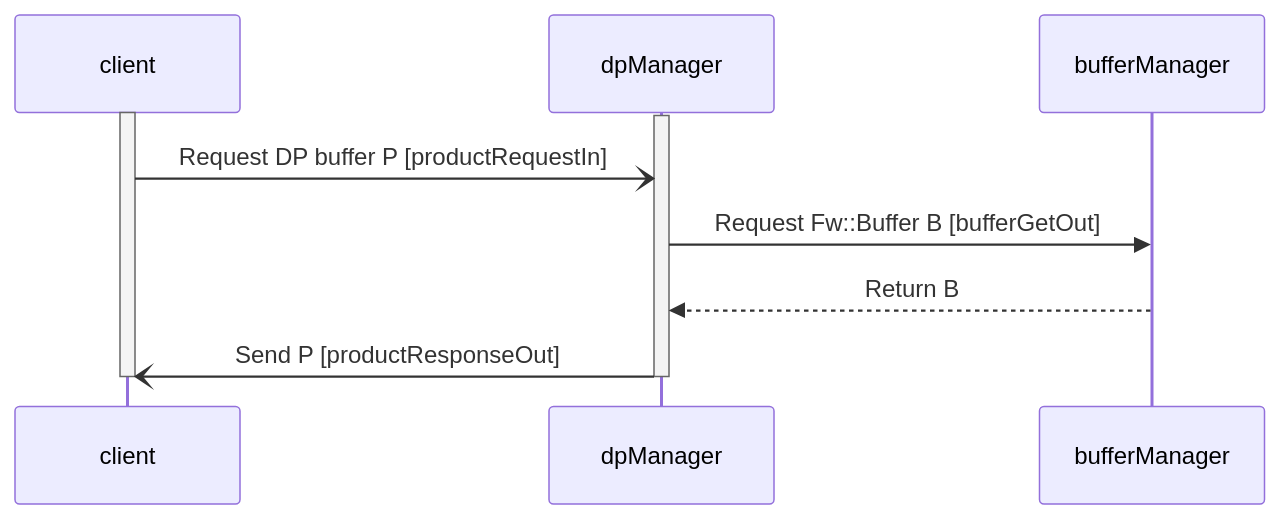
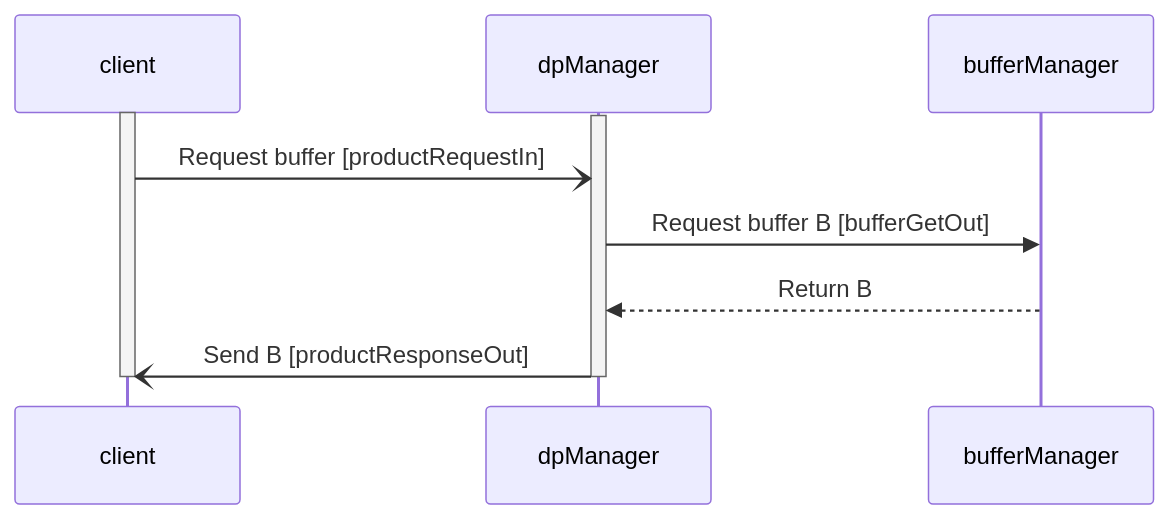
One commit to bocchino/fprime changed the first of 2 diagrams in Svc/DpManager/docs/sdd.md. Above: the diagram before and after it, drawn with Mermaid. The commit also changed other lines of this file, not shown here.

Commit message:
Revise DpManager SDD

````diff
--- a/Svc/DpManager/docs/sdd.md
+++ b/Svc/DpManager/docs/sdd.md
@@ -146,11 +146,11 @@
 ```mermaid
 sequenceDiagram
     activate client
     activate dpManager
-    client-)dpManager: Request DP buffer P [productRequestIn]
-    dpManager->>bufferManager: Request Fw::Buffer B [bufferGetOut]
+    client-)dpManager: Request buffer [productRequestIn]
+    dpManager->>bufferManager: Request buffer B [bufferGetOut]
     bufferManager-->>dpManager: Return B
-    dpManager-)client: Send P [productResponseOut]
+    dpManager-)client: Send B [productResponseOut]
     deactivate dpManager
     deactivate client
 ```
````
